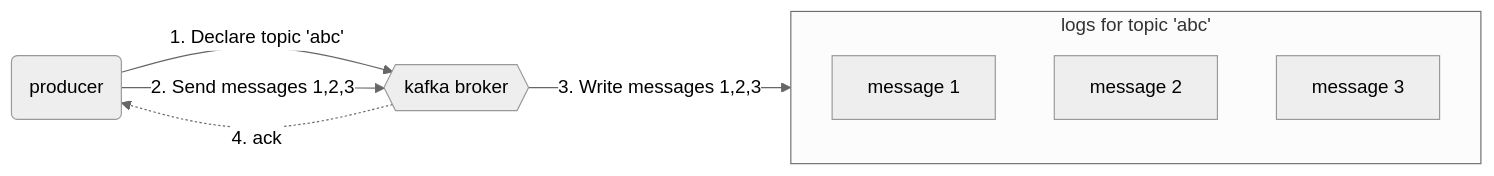
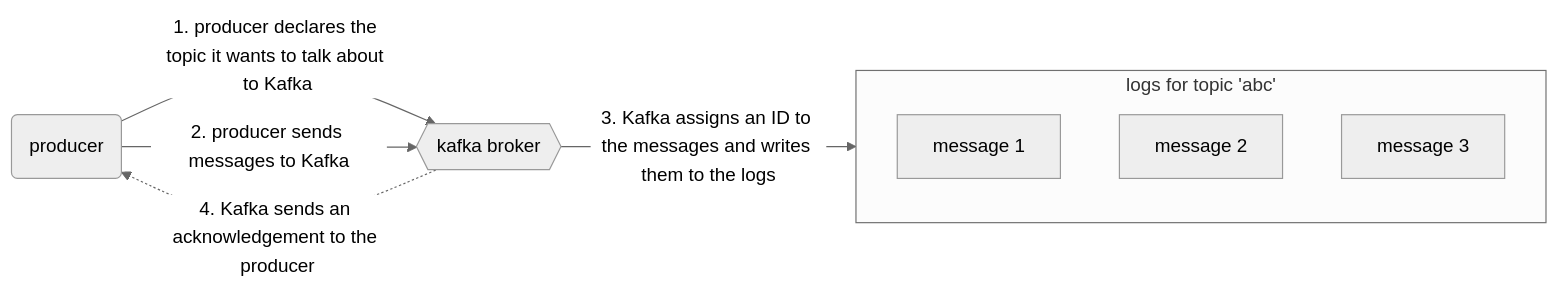
The first of 2 diagrams in kafka/readme.md (shayansm2/eng-notebook), drawn with Mermaid (neutral theme) before and after one commit. The commit also changed other lines of this file, not shown here.

````diff
--- a/kafka/readme.md
+++ b/kafka/readme.md
@@ -59,14 +59,14 @@
 ```mermaid
 flowchart LR
     p(producer)
     k{{kafka broker}}
     subgraph logs[logs for topic 'abc']
         m1[message 1]
         m2[message 2]
         m3[message 3]
     end
-    p-->|1. Declare topic 'abc'|k
-    p-->|2. Send messages 1,2,3|k
-    k -->|3. Write messages 1,2,3|logs
-    k-.->|4. ack|p
+    p-->|1. producer declares the topic it wants to talk about to Kafka|k
+    p-->|2. producer sends messages to Kafka|k
+    k -->|3. Kafka assigns an ID to the messages and writes them to the logs|logs
+    k-.->|4. Kafka sends an acknowledgement to the producer|p
 ```
````
